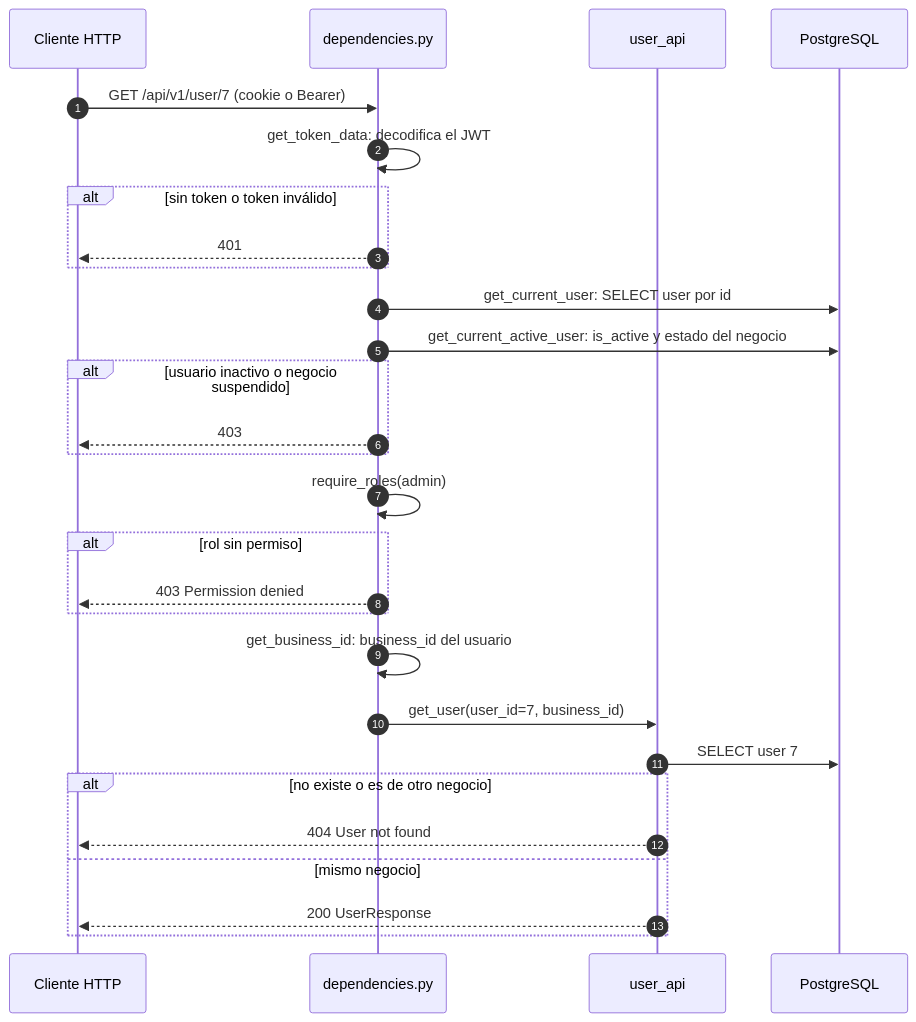
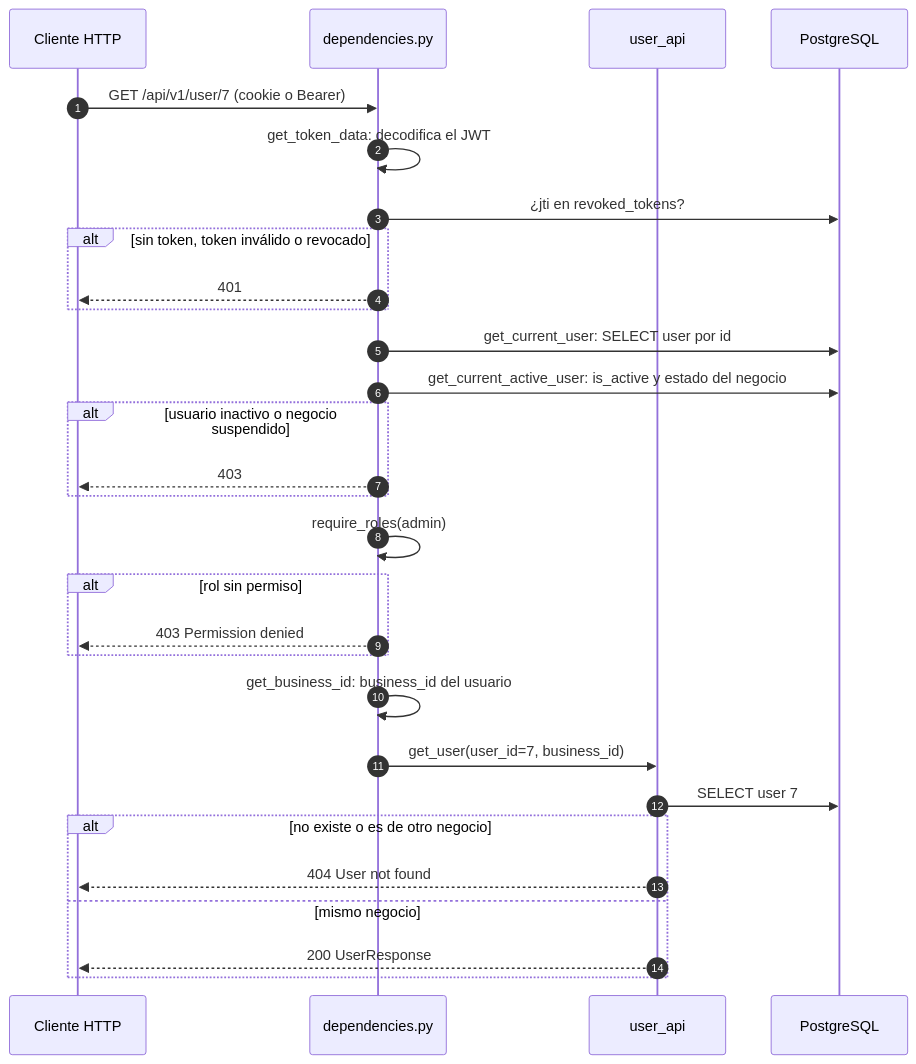
The tenth of 13 diagrams in docs/ARCHITECTURE.md (AGA-Studio/Member-Web), drawn with Mermaid before and after one commit. The commit also changed other lines of this file, not shown here.

````diff
--- a/docs/ARCHITECTURE.md
+++ b/docs/ARCHITECTURE.md
@@ -200,31 +275,32 @@
 ```mermaid
 sequenceDiagram
     autonumber
     participant C as Cliente HTTP
     participant DEP as dependencies.py
     participant R as user_api
     participant DB as PostgreSQL
 
     C->>DEP: GET /api/v1/user/7 (cookie o Bearer)
     DEP->>DEP: get_token_data: decodifica el JWT
-    alt sin token o token inválido
+    DEP->>DB: ¿jti en revoked_tokens?
+    alt sin token, token inválido o revocado
         DEP-->>C: 401
     end
     DEP->>DB: get_current_user: SELECT user por id
     DEP->>DB: get_current_active_user: is_active y estado del negocio
     alt usuario inactivo o negocio suspendido
         DEP-->>C: 403
     end
     DEP->>DEP: require_roles(admin)
     alt rol sin permiso
         DEP-->>C: 403 Permission denied
     end
     DEP->>DEP: get_business_id: business_id del usuario
     DEP->>R: get_user(user_id=7, business_id)
     R->>DB: SELECT user 7
     alt no existe o es de otro negocio
         R-->>C: 404 User not found
     else mismo negocio
         R-->>C: 200 UserResponse
     end
 ```
````
